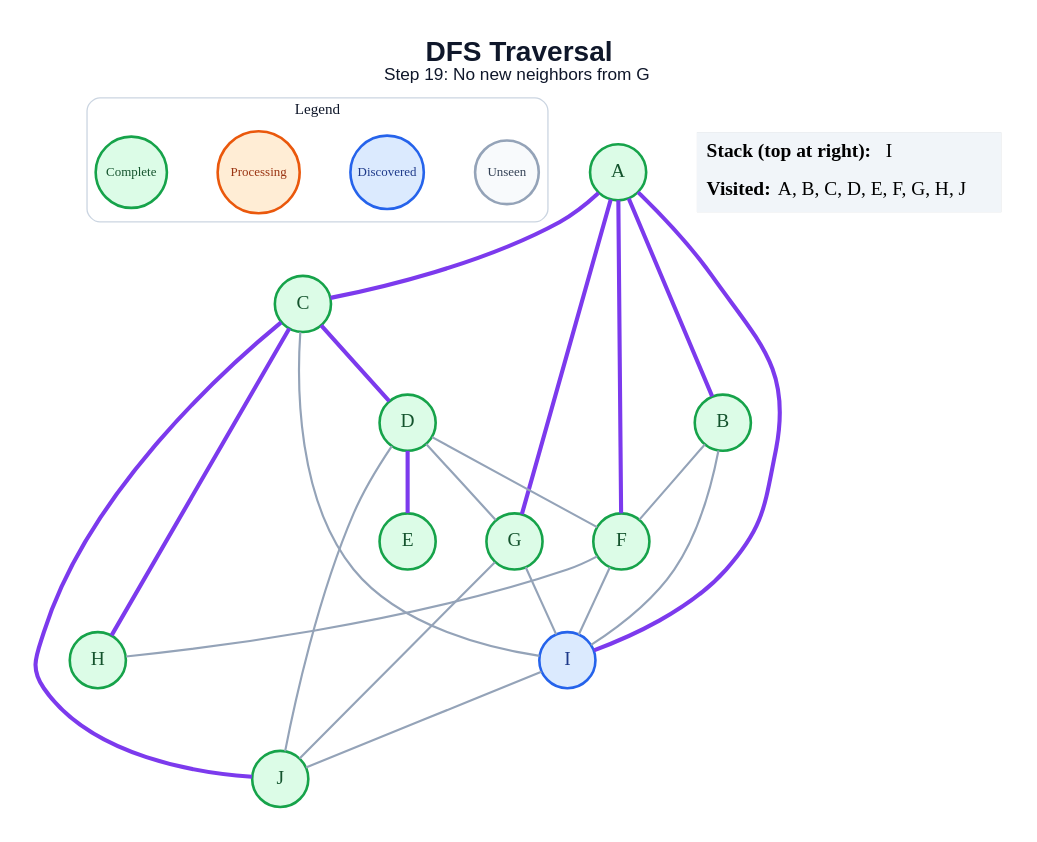
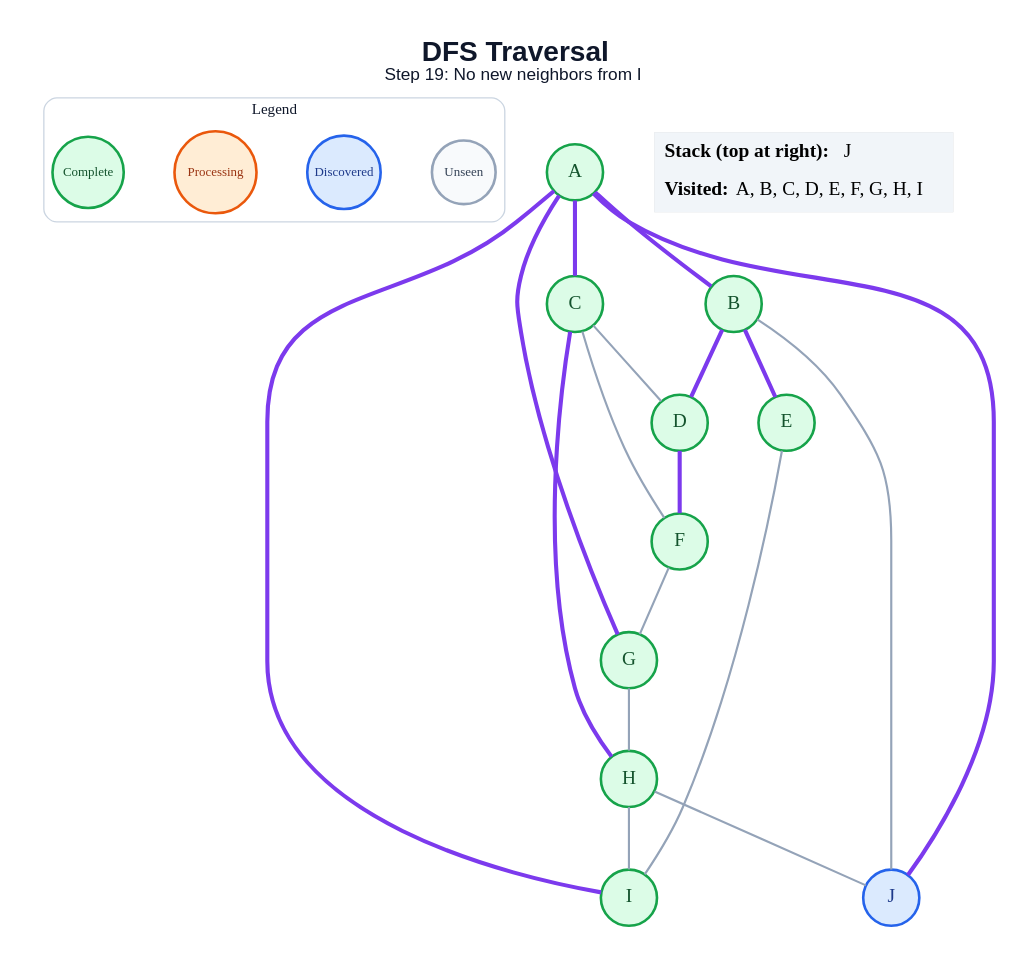
The diagram in generated/dfs/step_19.dot (amanghodawala9/ai-slop), drawn with Graphviz before and after one commit. The commit also changed 178 other files, not shown here.

```diff
--- a/generated/dfs/step_19.dot
+++ b/generated/dfs/step_19.dot
@@ -1,49 +1,46 @@
 graph traversal {
   graph [layout=dot, rankdir=TB, bgcolor="#FFFFFF", pad="0.35", nodesep="0.65", ranksep="0.8", fontname="Arial"];
   node [shape=circle, style="filled", fontname="Arial Bold", fontsize=18, width=0.72, fixedsize=true, penwidth=2.4];
   edge [color="#94A3B8", penwidth=2.0];
-  label=<<B>DFS Traversal</B><BR/><FONT POINT-SIZE="16">Step 19: No new neighbors from G</FONT>>; labelloc="t"; fontsize=26; fontname="Arial"; fontcolor="#0F172A";
+  label=<<B>DFS Traversal</B><BR/><FONT POINT-SIZE="16">Step 19: No new neighbors from I</FONT>>; labelloc="t"; fontsize=26; fontname="Arial"; fontcolor="#0F172A";
   subgraph cluster_legend { label="Legend"; color="#CBD5E1"; penwidth=1.2; style="rounded"; fontsize=14; fontname="Arial Bold";
     key_unseen [label="Unseen", fillcolor="#F8FAFC", color="#94A3B8", fontcolor="#334155", fontsize=12, width=0.82];
     key_frontier [label="Discovered", fillcolor="#DBEAFE", color="#2563EB", fontcolor="#1E3A8A", fontsize=12, width=0.95];
     key_current [label="Processing", fillcolor="#FFEDD5", color="#EA580C", fontcolor="#9A3412", fontsize=12, width=1.05];
     key_done [label="Complete", fillcolor="#DCFCE7", color="#16A34A", fontcolor="#14532D", fontsize=12, width=0.92];
     { rank=same; key_unseen; key_frontier; key_current; key_done; }
   }
   A [fillcolor="#DCFCE7", color="#16A34A", fontcolor="#14532D"];
   B [fillcolor="#DCFCE7", color="#16A34A", fontcolor="#14532D"];
   C [fillcolor="#DCFCE7", color="#16A34A", fontcolor="#14532D"];
   D [fillcolor="#DCFCE7", color="#16A34A", fontcolor="#14532D"];
   E [fillcolor="#DCFCE7", color="#16A34A", fontcolor="#14532D"];
   F [fillcolor="#DCFCE7", color="#16A34A", fontcolor="#14532D"];
   G [fillcolor="#DCFCE7", color="#16A34A", fontcolor="#14532D"];
   H [fillcolor="#DCFCE7", color="#16A34A", fontcolor="#14532D"];
-  I [fillcolor="#DBEAFE", color="#2563EB", fontcolor="#1E3A8A"];
-  J [fillcolor="#DCFCE7", color="#16A34A", fontcolor="#14532D"];
+  I [fillcolor="#DCFCE7", color="#16A34A", fontcolor="#14532D"];
+  J [fillcolor="#DBEAFE", color="#2563EB", fontcolor="#1E3A8A"];
   A -- B [color="#7C3AED", penwidth=3.8];
   A -- C [color="#7C3AED", penwidth=3.8];
-  A -- F [color="#7C3AED", penwidth=3.8];
   A -- G [color="#7C3AED", penwidth=3.8];
   A -- I [color="#7C3AED", penwidth=3.8];
-  B -- F;
-  B -- I;
-  C -- D [color="#7C3AED", penwidth=3.8];
+  A -- J [color="#7C3AED", penwidth=3.8];
+  B -- D [color="#7C3AED", penwidth=3.8];
+  B -- E [color="#7C3AED", penwidth=3.8];
+  B -- J;
+  C -- D;
+  C -- F;
   C -- H [color="#7C3AED", penwidth=3.8];
-  C -- I;
-  C -- J [color="#7C3AED", penwidth=3.8];
-  D -- E [color="#7C3AED", penwidth=3.8];
-  D -- F;
-  D -- G;
-  D -- J;
-  F -- H;
-  F -- I;
-  G -- I;
-  G -- J;
-  I -- J;
+  D -- F [color="#7C3AED", penwidth=3.8];
+  E -- I;
+  F -- G;
+  G -- H;
+  H -- I;
+  H -- J;
   status [shape=plain, fixedsize=false, width=0, height=0, margin=0, label=<
     <TABLE BORDER="0" CELLBORDER="0" CELLPADDING="7" BGCOLOR="#F1F5F9">
-      <TR><TD ALIGN="LEFT"><B>Stack (top at right):</B> I</TD></TR>
-      <TR><TD ALIGN="LEFT"><B>Visited:</B> A, B, C, D, E, F, G, H, J</TD></TR>
+      <TR><TD ALIGN="LEFT"><B>Stack (top at right):</B> J</TD></TR>
+      <TR><TD ALIGN="LEFT"><B>Visited:</B> A, B, C, D, E, F, G, H, I</TD></TR>
     </TABLE>
   >];
 }
```
